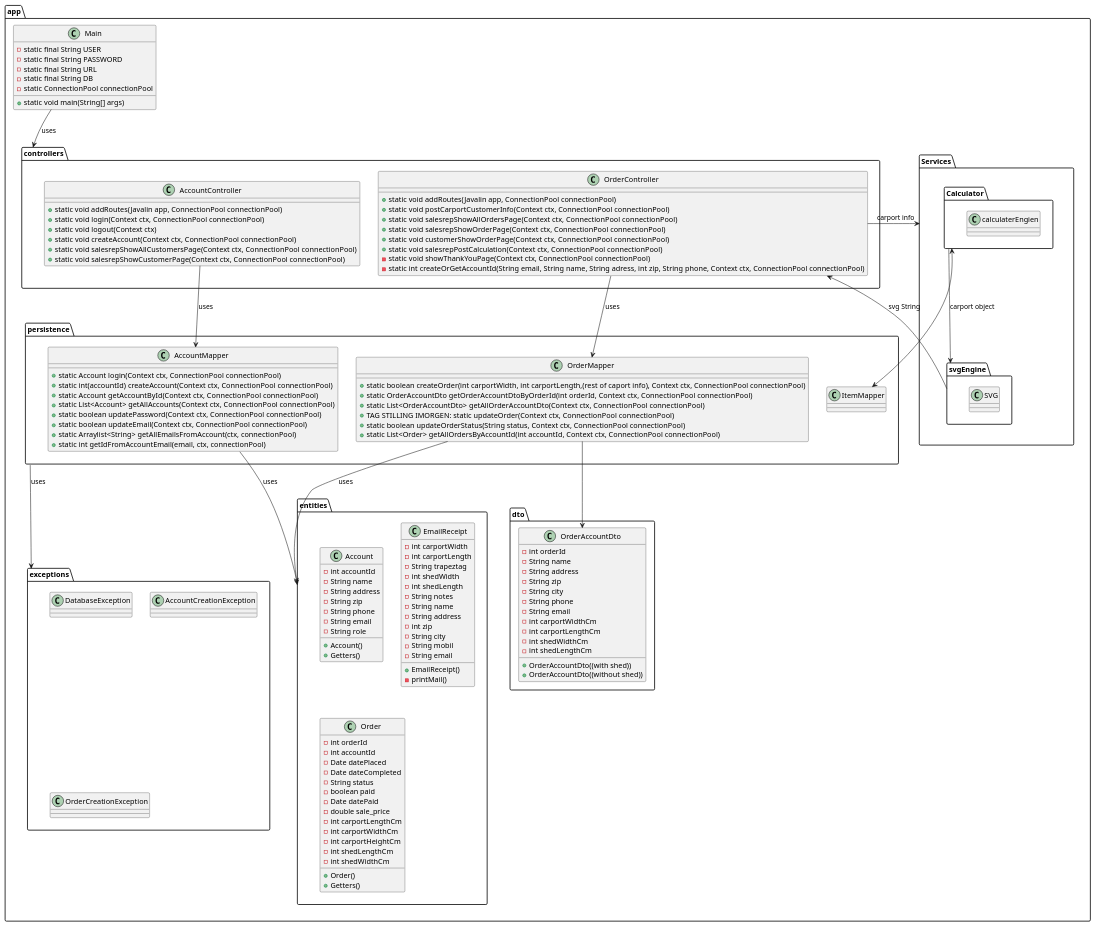
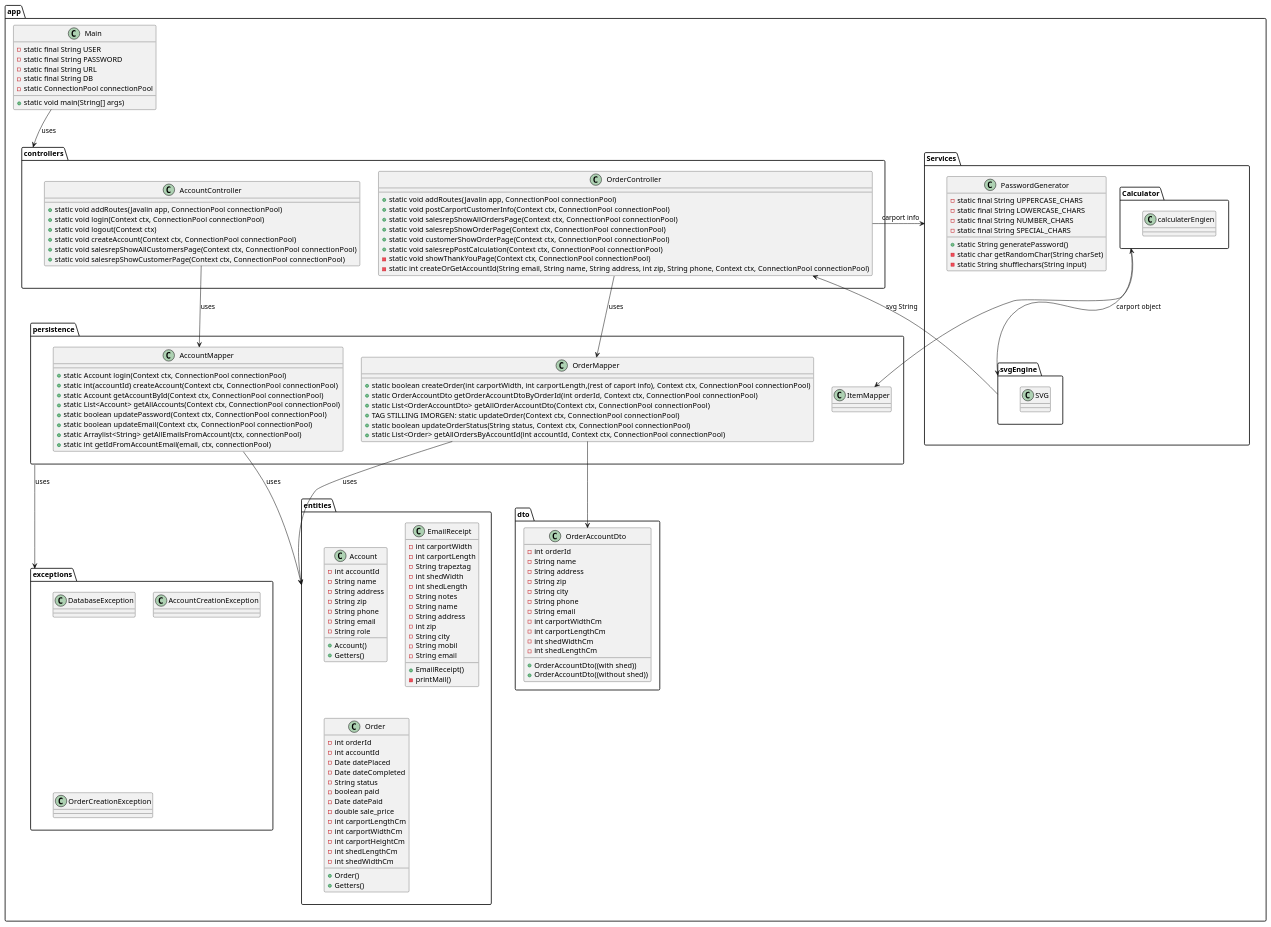
One commit to mrPrimeBeef/FogCarport changed the diagram in src/design/ClassDiagram.puml. Above: the diagram before and after it, drawn with PlantUML. The commit also changed 2 other files, not shown here.

Commit message:
auto generated password in services
also added to class diagram

```diff
--- a/src/design/ClassDiagram.puml
+++ b/src/design/ClassDiagram.puml
@@ -1,189 +1,196 @@
 @startuml
 package app {
 
   class Main {
     - static final String USER
     - static final String PASSWORD
     - static final String URL
     - static final String DB
     - static ConnectionPool connectionPool
     + static void main(String[] args)
 
   }
 
 
   package controllers {
     class AccountController{
     + static void addRoutes(Javalin app, ConnectionPool connectionPool)
     + static void login(Context ctx, ConnectionPool connectionPool)
     + static void logout(Context ctx)
     + static void createAccount(Context ctx, ConnectionPool connectionPool)
     + static void salesrepShowAllCustomersPage(Context ctx, ConnectionPool connectionPool)
     + static void salesrepShowCustomerPage(Context ctx, ConnectionPool connectionPool)
 
 
       }
     class OrderController{
     + static void addRoutes(Javalin app, ConnectionPool connectionPool)
     + static void postCarportCustomerInfo(Context ctx, ConnectionPool connectionPool)
     + static void salesrepShowAllOrdersPage(Context ctx, ConnectionPool connectionPool)
     + static void salesrepShowOrderPage(Context ctx, ConnectionPool connectionPool)
     + static void customerShowOrderPage(Context ctx, ConnectionPool connectionPool)
     + static void salesrepPostCalculation(Context ctx, ConnectionPool connectionPool)
     - static void showThankYouPage(Context ctx, ConnectionPool connectionPool)
-    - static int createOrGetAccountId(String email, String name, String adress, int zip, String phone, Context ctx, ConnectionPool connectionPool)
+    - static int createOrGetAccountId(String email, String name, String address, int zip, String phone, Context ctx, ConnectionPool connectionPool)
     }
   }
 
   package persistence {
     class AccountMapper{
       + static Account login(Context ctx, ConnectionPool connectionPool)
       + static int(accountId) createAccount(Context ctx, ConnectionPool connectionPool)
       + static Account getAccountById(Context ctx, ConnectionPool connectionPool)
       + static List<Account> getAllAccounts(Context ctx, ConnectionPool connectionPool)
       + static boolean updatePassword(Context ctx, ConnectionPool connectionPool)
       + static boolean updateEmail(Context ctx, ConnectionPool connectionPool)
       + static Arraylist<String> getAllEmailsFromAccount(ctx, connectionPool)
       + static int getIdFromAccountEmail(email, ctx, connectionPool)
 
     }
     class OrderMapper{
     + static boolean createOrder(int carportWidth, int carportLength,(rest of caport info), Context ctx, ConnectionPool connectionPool)
     + static OrderAccountDto getOrderAccountDtoByOrderId(int orderId, Context ctx, ConnectionPool connectionPool)
     + static List<OrderAccountDto> getAllOrderAccountDto(Context ctx, ConnectionPool connectionPool)
     + TAG STILLING IMORGEN: static updateOrder(Context ctx, ConnectionPool connectionPool)
     + static boolean updateOrderStatus(String status, Context ctx, ConnectionPool connectionPool)
     + static List<Order> getAllOrdersByAccountId(int accountId, Context ctx, ConnectionPool connectionPool)
     }
     class ItemMapper{
 
     }
   }
 
   package Services{
   package svgEngine {
   class SVG{
   }
   }
   package Calculator{
   class calculaterEngien{
-
   }
-
   }
+  class PasswordGenerator{
+    - static final String UPPERCASE_CHARS
+    - static final String LOWERCASE_CHARS
+    - static final String NUMBER_CHARS
+    - static final String SPECIAL_CHARS
+    + static String generatePassword()
+    - static char getRandomChar(String charSet)
+    - static String shufflechars(String input)
+    }
   }
 
   package entities{
      class Account{
         - int accountId
         - String name
         - String address
         - String zip
         - String phone
         - String email
         - String role
         + Account()
         + Getters()
      }
 
      class EmailReceipt{
      - int carportWidth
      - int carportLength
      - String trapeztag
      -int shedWidth
      - int shedLength
      - String notes
      - String name
      - String address
      - int zip
      - String city
      - String mobil
      - String email
      + EmailReceipt()
      - printMail()
 
      }
 
      class Order {
              -int orderId
              -int accountId
              -Date datePlaced
              -Date dateCompleted
              -String status
              -boolean paid
              -Date datePaid
              -double sale_price
              -int carportLengthCm
              -int carportWidthCm
              -int carportHeightCm
              -int shedLengthCm
              -int shedWidthCm
              +Order()
              +Getters()
          }
 '     class Orderlines {
 '         - int orderNumber
 '         - int cupcakeId
 '         - int quantity
 '         + OrderLines(int orderNumber, int cupcakeId, int quantity)
 '         + int getOrderNumber()
 '         + int getCupcakeId()
 '         + int getQuantity()
 '         + calculateSubtotal(Cupcake cupcake)
 '         + toString()
 '         }
 
   }
 
   package dto {
 
     class OrderAccountDto {
        - int orderId
        - String name
        - String address
        - String zip
        - String city
        - String phone
        - String email
        - int carportWidthCm
        - int carportLengthCm
        - int shedWidthCm
        - int shedLengthCm
        + OrderAccountDto((with shed))
        + OrderAccountDto((without shed))
        }
 
   }
 
   package exceptions {
 
   class DatabaseException{
   }
 
   class AccountCreationException{
   }
   class OrderCreationException{
   }
   }
 
   }
 
     Main --> controllers : uses
 
     AccountController --> AccountMapper : uses
     OrderController --> OrderMapper : uses
     OrderMapper --> OrderAccountDto
 
     AccountMapper --> entities : uses
     OrderMapper --> entities : uses
 
     persistence -->  exceptions : uses
 
     Calculator --> svgEngine : carport object
 
     svgEngine --> OrderController : svg String
 
     Calculator <--> ItemMapper
 
     OrderController --> Services : carport info
 @enduml
```
